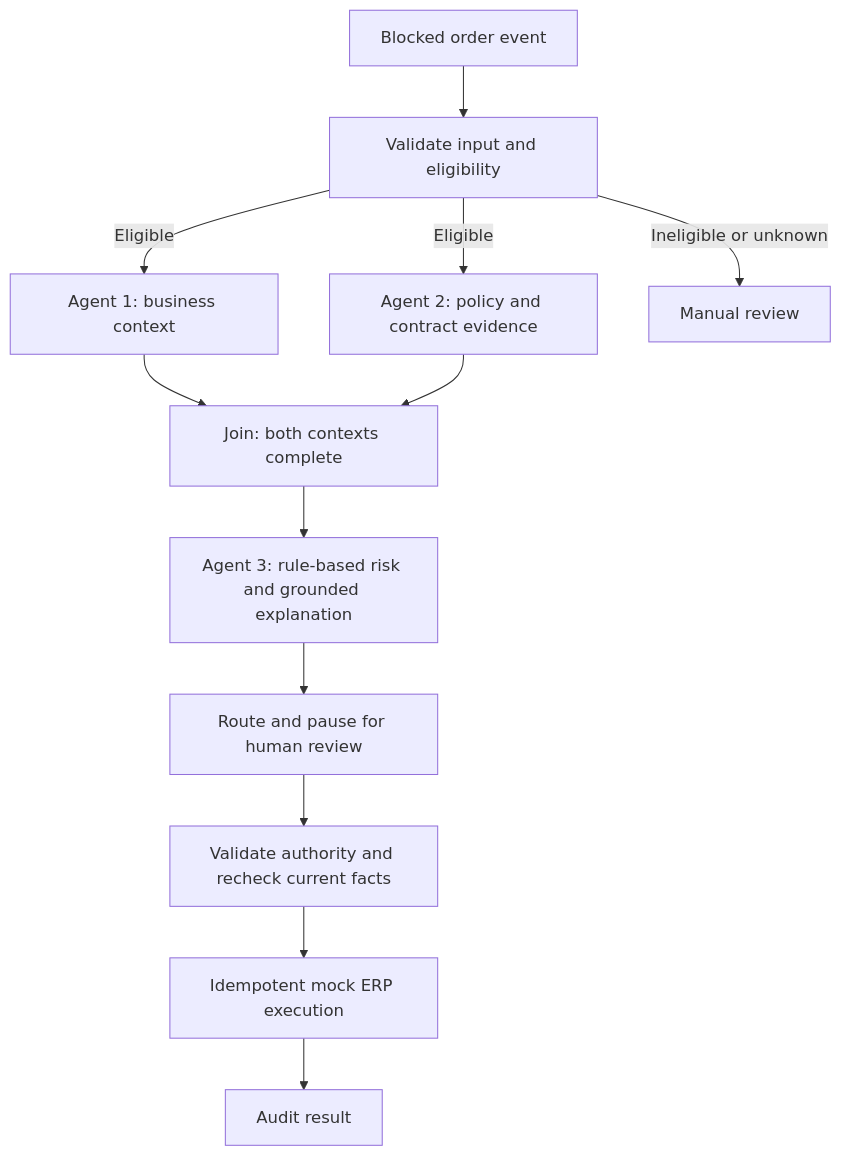
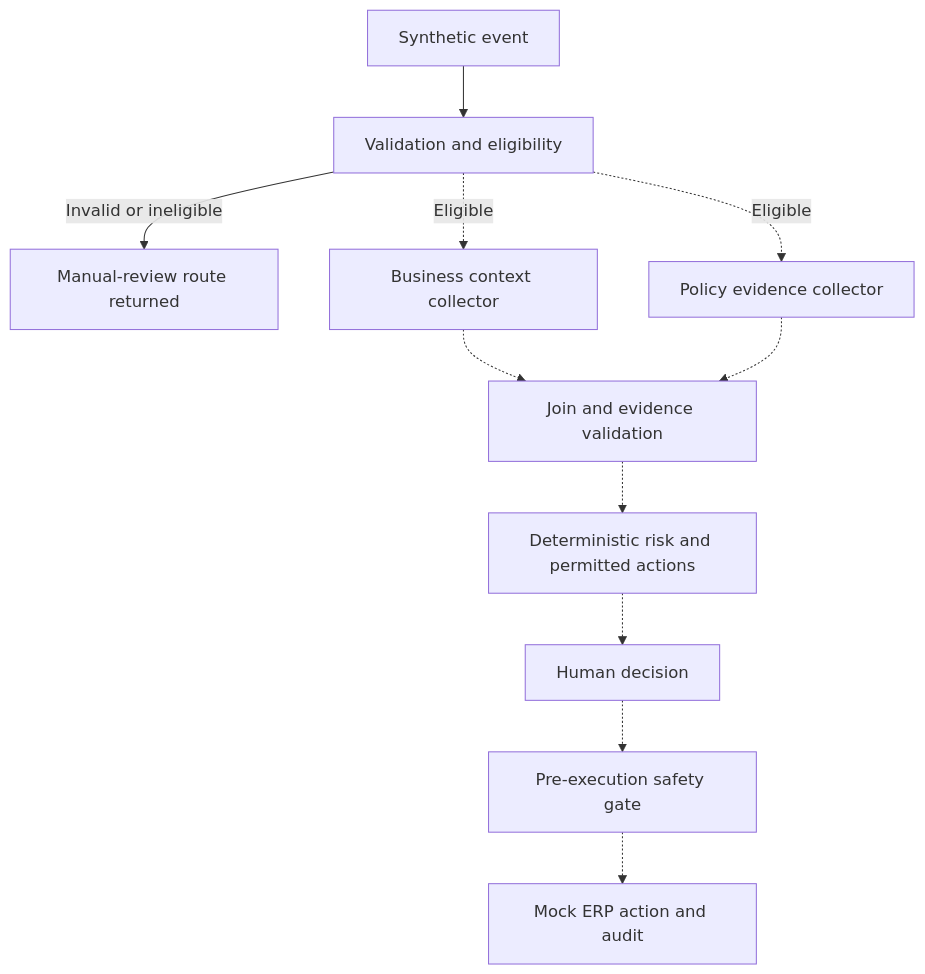
One commit to AnnaDiakonu/agentic-order-exception-workflow changed the diagram in README.md. Above: the diagram before and after it, drawn with Mermaid. The commit also changed other lines of this file and 7 other files, not shown here.

Commit message:
Document workflow architecture, safety gates and implementation boundaries

````diff
--- a/README.md
+++ b/README.md
@@ -24,14 +36,13 @@
 ```mermaid
 flowchart TD
-    A[Blocked order event] --> B[Validate input and eligibility]
-    B -->|Eligible| C[Agent 1: business context]
-    B -->|Eligible| D[Agent 2: policy and contract evidence]
-    B -->|Ineligible or unknown| M[Manual review]
-    C --> J[Join: both contexts complete]
-    D --> J
-    J --> R[Agent 3: rule-based risk and grounded explanation]
-    R --> H[Route and pause for human review]
-    H --> E[Validate authority and recheck current facts]
-    E --> X[Idempotent mock ERP execution]
-    X --> L[Audit result]
+    E["Synthetic event"] --> G["Validation and eligibility"]
+    G -->|Invalid or ineligible| M["Manual-review route returned"]
+    G -. Eligible .-> B["Business context collector"]
+    G -. Eligible .-> P["Policy evidence collector"]
+    B -.-> J["Join and evidence validation"]
+    P -.-> J
+    J -.-> R["Deterministic risk and permitted actions"]
+    R -.-> H["Human decision"]
+    H -.-> S["Pre-execution safety gate"]
+    S -.-> X["Mock ERP action and audit"]
 ```
````
